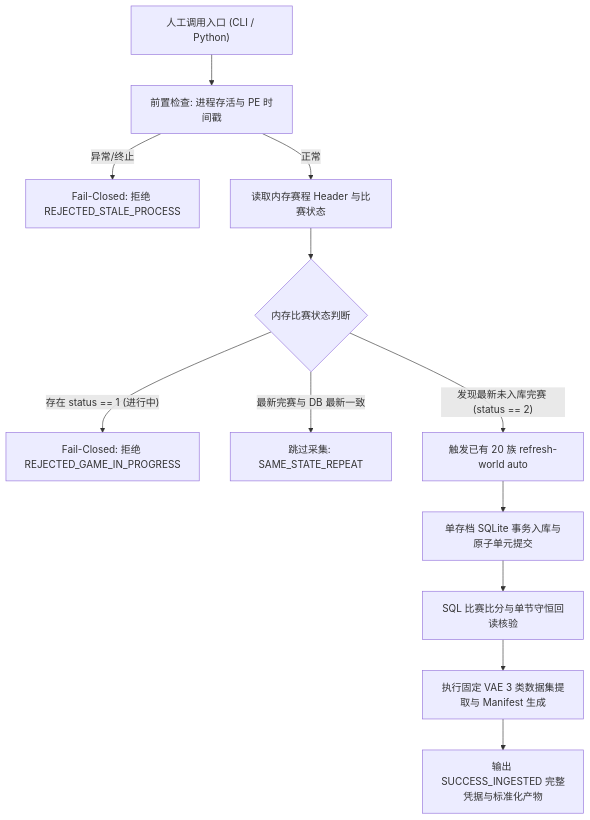
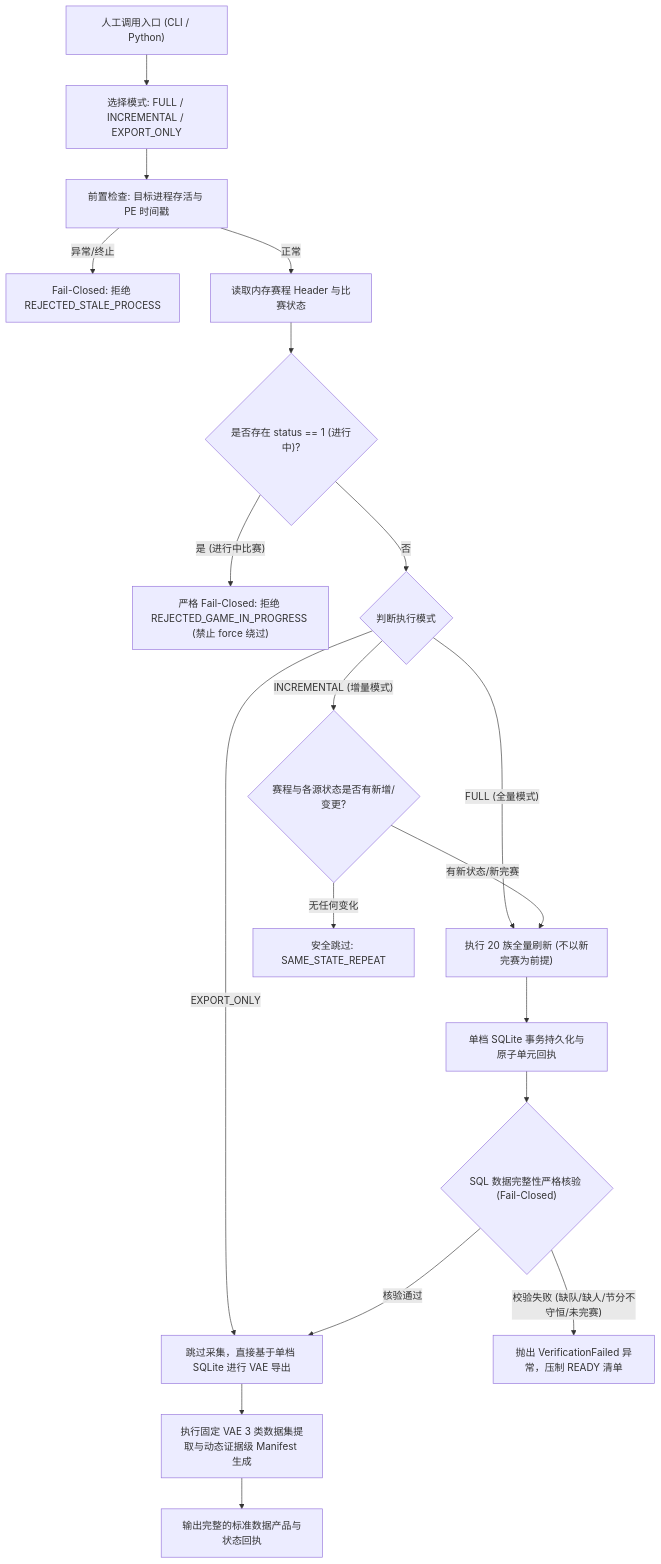
The diagram in 01_os/07_content/_runs/run-20261101-nba2k22-vae-calendar-sim-g1g2-readiness-loop-001/06_执行/auto_capture_orchestrator_design_and_entrypoint.md (chris2gao/Cybernetic_City_State_OS_v2---nba2k22), drawn with Mermaid before and after one commit. The commit also changed other lines of this file and 7 other files, not shown here.

Commit message:
fix(VAE): remediate R1-R7 full/incremental capture semantics, SQL fail-closed, and dataset deduplication

````diff
--- a/01_os/07_content/_runs/run-20261101-nba2k22-vae-calendar-sim-g1g2-readiness-loop-001/06_执行/auto_capture_orchestrator_design_and_entrypoint.md
+++ b/01_os/07_content/_runs/run-20261101-nba2k22-vae-calendar-sim-g1g2-readiness-loop-001/06_执行/auto_capture_orchestrator_design_and_entrypoint.md
@@ -17,14 +17,21 @@
 ```mermaid
 flowchart TD
-    A["人工调用入口 (CLI / Python)"] --> B["前置检查: 进程存活与 PE 时间戳"]
-    B -- "异常/终止" --> C["Fail-Closed: 拒绝 REJECTED_STALE_PROCESS"]
-    B -- "正常" --> D["读取内存赛程 Header 与比赛状态"]
-    D --> E{"内存比赛状态判断"}
-    E -- "存在 status == 1 (进行中)" --> F["Fail-Closed: 拒绝 REJECTED_GAME_IN_PROGRESS"]
-    E -- "最新完赛与 DB 最新一致" --> G["跳过采集: SAME_STATE_REPEAT"]
-    E -- "发现最新未入库完赛 (status == 2)" --> H["触发已有 20 族 refresh-world auto"]
-    H --> I["单存档 SQLite 事务入库与原子单元提交"]
-    I --> J["SQL 比赛比分与单节守恒回读核验"]
-    J --> K["执行固定 VAE 3 类数据集提取与 Manifest 生成"]
-    K --> L["输出 SUCCESS_INGESTED 完整凭据与标准化产物"]
+    A["人工调用入口 (CLI / Python)"] --> B["选择模式: FULL / INCREMENTAL / EXPORT_ONLY"]
+    B --> C["前置检查: 目标进程存活与 PE 时间戳"]
+    C -- "异常/终止" --> D["Fail-Closed: 拒绝 REJECTED_STALE_PROCESS"]
+    C -- "正常" --> E["读取内存赛程 Header 与比赛状态"]
+    E --> F{"是否存在 status == 1 (进行中)?"}
+    F -- "是 (进行中比赛)" --> G["严格 Fail-Closed: 拒绝 REJECTED_GAME_IN_PROGRESS (禁止 force 绕过)"]
+    F -- "否" --> H{"判断执行模式"}
+    H -- "FULL (全量模式)" --> I["执行 20 族全量刷新 (不以新完赛为前提)"]
+    H -- "INCREMENTAL (增量模式)" --> J{"赛程与各源状态是否有新增/变更?"}
+    J -- "无任何变化" --> K["安全跳过: SAME_STATE_REPEAT"]
+    J -- "有新状态/新完赛" --> I
+    H -- "EXPORT_ONLY" --> N["跳过采集，直接基于单档 SQLite 进行 VAE 导出"]
+    I --> L["单档 SQLite 事务持久化与原子单元回执"]
+    L --> M{"SQL 数据完整性严格核验 (Fail-Closed)"}
+    M -- "校验失败 (缺队/缺人/节分不守恒/未完赛)" --> O["抛出 VerificationFailed 异常，压制 READY 清单"]
+    M -- "核验通过" --> N
+    N --> P["执行固定 VAE 3 类数据集提取与动态证据级 Manifest 生成"]
+    P --> Q["输出完整的标准数据产品与状态回执"]
 ```
````
